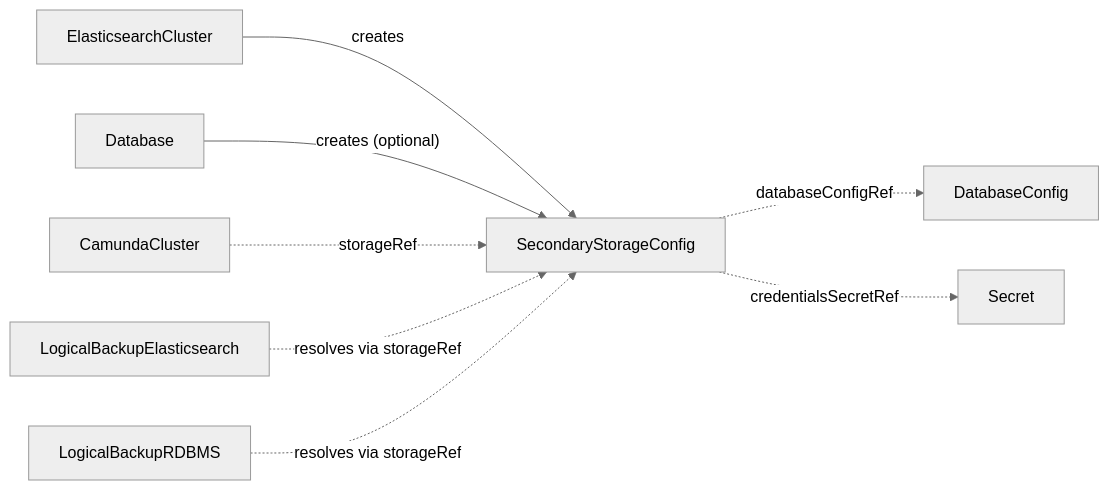
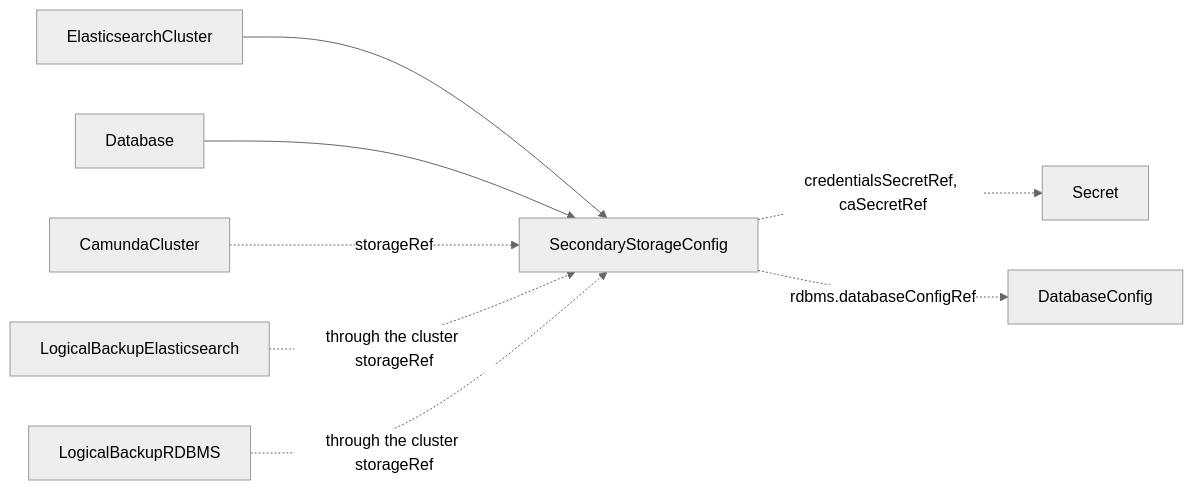
One commit to konsole-is/camunda-operator changed the diagram in docs/crds/secondarystorageconfig.md. Above: the diagram before and after it, drawn with Mermaid (neutral theme). The commit also changed other lines of this file and 30 other files, not shown here.

````diff
--- a/docs/crds/secondarystorageconfig.md
+++ b/docs/crds/secondarystorageconfig.md
@@ -35,10 +25,10 @@
 ```mermaid
 graph LR
-    ESC[ElasticsearchCluster] -->|creates| SSC[SecondaryStorageConfig]
-    DB[Database] -->|"creates (optional)"| SSC
-    SSC -.->|databaseConfigRef| DBC[DatabaseConfig]
-    SSC -.->|credentialsSecretRef| SEC[Secret]
+    ESC[ElasticsearchCluster] --> SSC[SecondaryStorageConfig]
+    DB[Database] --> SSC
+    SSC -.->|credentialsSecretRef, caSecretRef| SEC[Secret]
+    SSC -.->|rdbms.databaseConfigRef| DBC[DatabaseConfig]
     CC[CamundaCluster] -.->|storageRef| SSC
-    LBE[LogicalBackupElasticsearch] -.->|resolves via storageRef| SSC
-    LBR[LogicalBackupRDBMS] -.->|resolves via storageRef| SSC
+    LBE[LogicalBackupElasticsearch] -.->|through the cluster storageRef| SSC
+    LBR[LogicalBackupRDBMS] -.->|through the cluster storageRef| SSC
 ```
````
